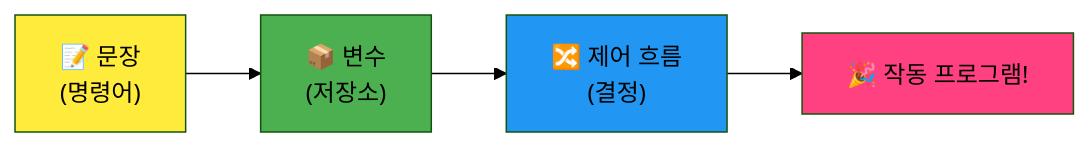
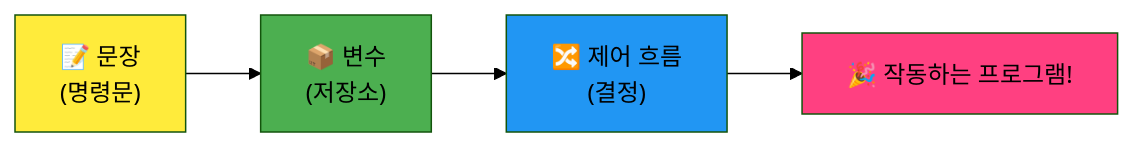
Before and after one commit to microsoft/Web-Dev-For-Beginners: the fourth of 7 diagrams in translations/ko/1-getting-started-lessons/1-intro-to-programming-languages/README.md, drawn with Mermaid (forest theme). The commit also changed other lines of this file and 8 other files, not shown here.

````diff
--- a/translations/ko/1-getting-started-lessons/1-intro-to-programming-languages/README.md
+++ b/translations/ko/1-getting-started-lessons/1-intro-to-programming-languages/README.md
@@ -466,9 +466,9 @@
 ```mermaid
 flowchart LR
-    A["📝 문장<br/>(명령어)"] --> B["📦 변수<br/>(저장소)"] --> C["🔀 제어 흐름<br/>(결정)"] --> D["🎉 작동 프로그램!"]
+    A["📝 문장<br/>(명령문)"] --> B["📦 변수<br/>(저장소)"] --> C["🔀 제어 흐름<br/>(결정)"] --> D["🎉 작동하는 프로그램!"]
     
     style A fill:#ffeb3b
     style B fill:#4caf50
     style C fill:#2196f3
     style D fill:#ff4081
 ```  
````
